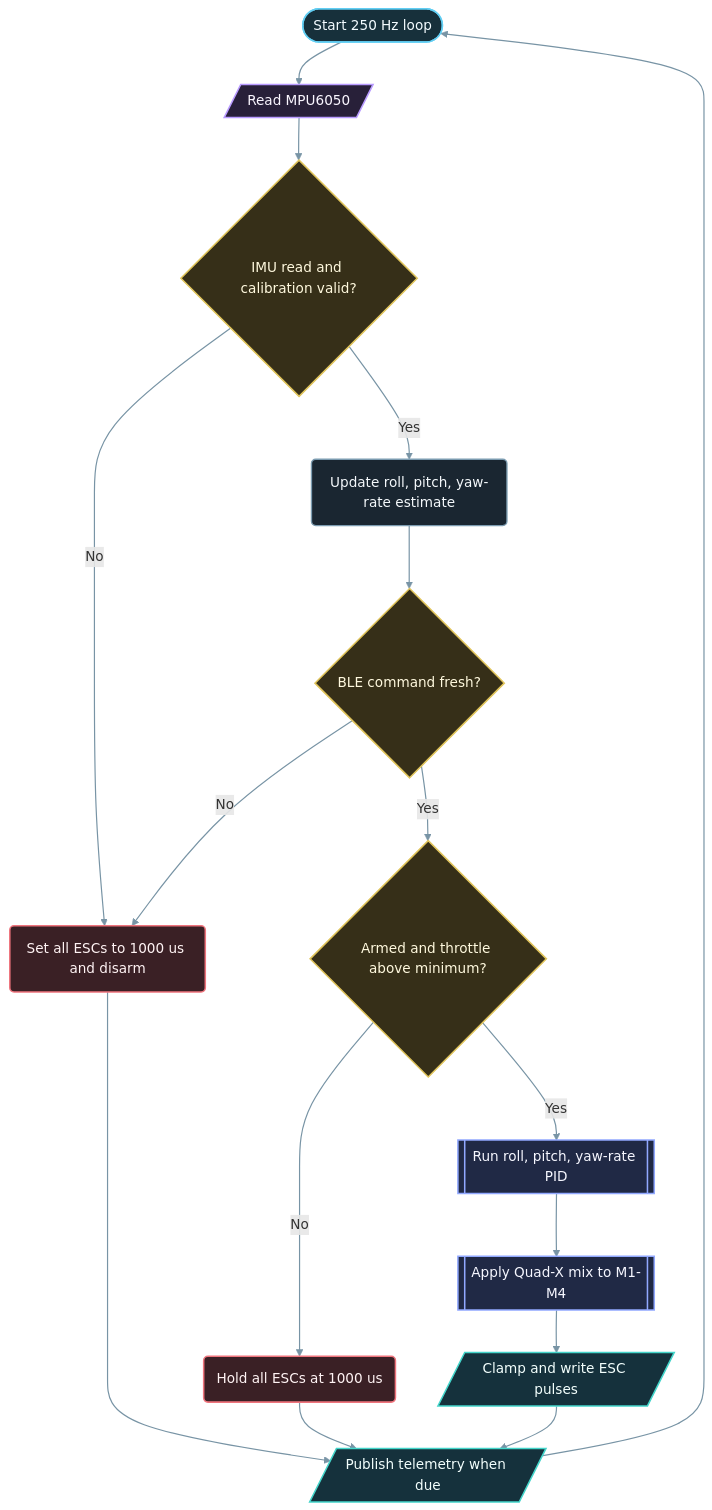
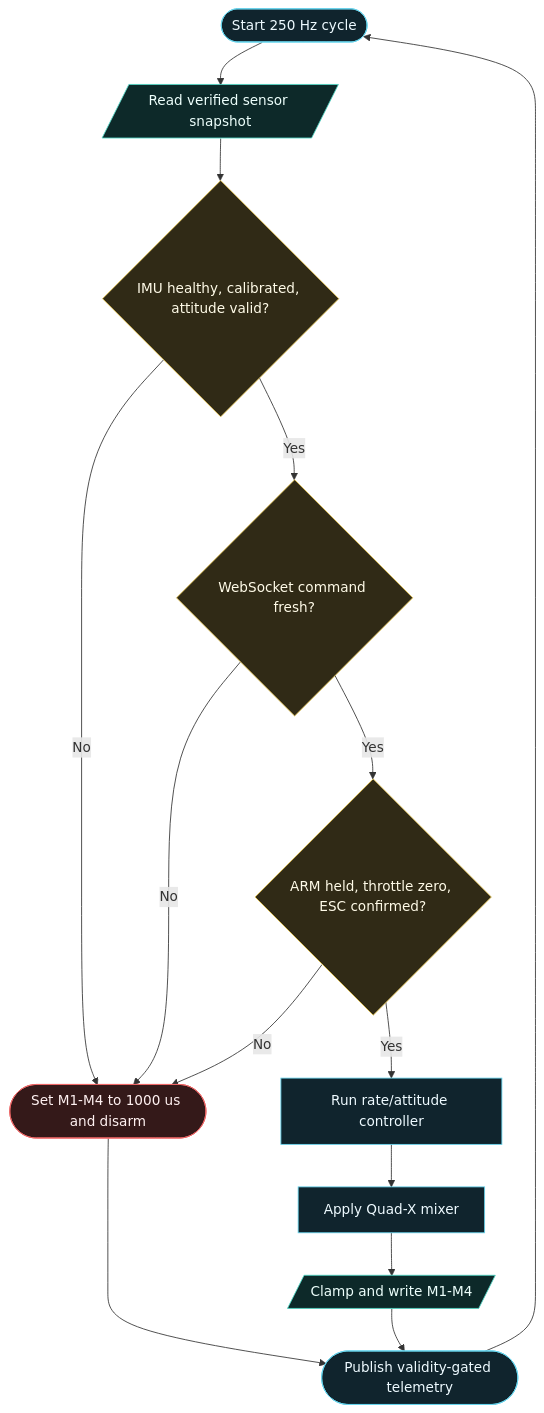
One commit to ProAmineOfficial/NanoKit-ESP32 changed the diagram in open_source_projects/nanokit_drone_4x_quadcopter/images/control-loop.md. Above: the diagram before and after it, drawn with Mermaid. The commit also changed other lines of this file and 58 other files, not shown here.

````diff
--- a/open_source_projects/nanokit_drone_4x_quadcopter/images/control-loop.md
+++ b/open_source_projects/nanokit_drone_4x_quadcopter/images/control-loop.md
@@ -5,34 +5,33 @@
 ```mermaid
 flowchart TD
-  START(["Start 250 Hz loop"]) --> IMU[/"Read MPU6050"/]
-  IMU --> OK{"IMU read and calibration valid?"}
-  OK -->|"No"| DISARM("Set all ESCs to 1000 us and disarm")
-  OK -->|"Yes"| EST("Update roll, pitch, yaw-rate estimate")
-  EST --> LINK{"BLE command fresh?"}
-  LINK -->|"No"| DISARM
-  LINK -->|"Yes"| ARMED{"Armed and throttle above minimum?"}
-  ARMED -->|"No"| SAFE("Hold all ESCs at 1000 us")
-  ARMED -->|"Yes"| PID[["Run roll, pitch, yaw-rate PID"]]
-  PID --> MIX[["Apply Quad-X mix to M1-M4"]]
-  MIX --> PWM[/"Clamp and write ESC pulses"/]
-  SAFE --> TEL[/"Publish telemetry when due"/]
-  DISARM --> TEL
-  PWM --> TEL
-  TEL --> START
+  Start(["Start 250 Hz cycle"])
+  Read[/"Read verified sensor snapshot"/]
+  Sensor{"IMU healthy, calibrated, attitude valid?"}
+  Link{"WebSocket command fresh?"}
+  Arm{"ARM held, throttle zero, ESC confirmed?"}
+  Control["Run rate/attitude controller"]
+  Mix["Apply Quad-X mixer"]
+  Output[/"Clamp and write M1-M4"/]
+  Safe(["Set M1-M4 to 1000 us and disarm"])
+  Telemetry(["Publish validity-gated telemetry"])
 
-  classDef start fill:#17303b,stroke:#61cef3,stroke-width:1.8px,color:#f3fbff
-  classDef sensor fill:#282039,stroke:#b99bff,stroke-width:1.8px,color:#faf6ff
-  classDef decision fill:#362f18,stroke:#e0c45b,stroke-width:1.8px,color:#fff9de
-  classDef process fill:#1a2631,stroke:#7b9bb0,stroke-width:1.6px,color:#f4f8fb
-  classDef module fill:#202945,stroke:#91a8ff,stroke-width:1.8px,color:#f6f7ff
-  classDef io fill:#15313c,stroke:#43d5ca,stroke-width:1.8px,color:#f3fffd
-  classDef safety fill:#3a2025,stroke:#ef747d,stroke-width:1.8px,color:#fff3f4
-  class START start
-  class IMU sensor
-  class OK,LINK,ARMED decision
-  class EST process
-  class PID,MIX module
-  class PWM,TEL io
-  class DISARM,SAFE safety
-  linkStyle default stroke:#7894a5,stroke-width:1.4px
+  Start --> Read --> Sensor
+  Sensor -->|"No"| Safe
+  Sensor -->|"Yes"| Link
+  Link -->|"No"| Safe
+  Link -->|"Yes"| Arm
+  Arm -->|"No"| Safe
+  Arm -->|"Yes"| Control --> Mix --> Output --> Telemetry
+  Safe --> Telemetry
+  Telemetry --> Start
+
+  classDef process fill:#10242d,stroke:#67d5ee,color:#eefaff
+  classDef input fill:#0d2929,stroke:#4ed6c4,color:#edfffc
+  classDef condition fill:#302a16,stroke:#e7c653,color:#fffbe8
+  classDef safety fill:#341919,stroke:#ee6666,color:#fff1f1
+  class Start,Telemetry process
+  class Read,Output input
+  class Sensor,Link,Arm condition
+  class Safe safety
+  class Control,Mix process
 ```
````
